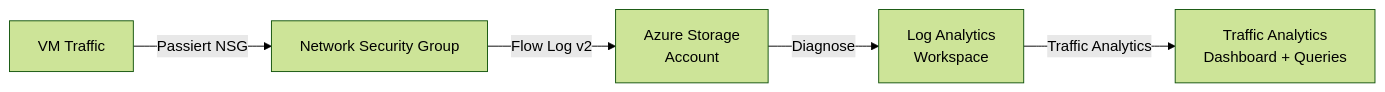
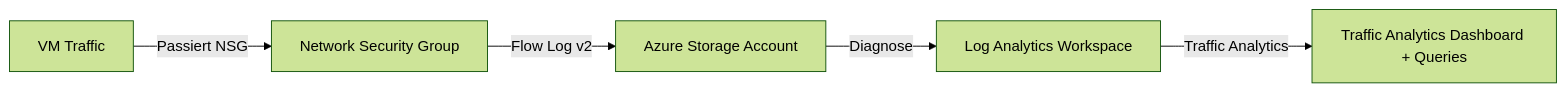
Before and after one commit to SoniiiT/notes-n-docs: the fourth of 7 diagrams in Microsoft 365/Azure/Netzwerk/Azure Network Watcher.md, drawn with Mermaid (forest theme). The commit also changed other lines of this file and 124 other files, not shown here.

First line of the commit message:
fix: Entferne \n aus allen Mermaid-Diagrammen (125 Dateien)

````diff
--- a/Microsoft 365/Azure/Netzwerk/Azure Network Watcher.md
+++ b/Microsoft 365/Azure/Netzwerk/Azure Network Watcher.md
@@ -199,7 +199,7 @@
 ```mermaid
 graph LR
     VM[VM Traffic] -->|Passiert NSG| NSG[Network Security Group]
-    NSG -->|Flow Log v2| STORAGE[Azure Storage\nAccount]
-    STORAGE -->|Diagnose| LA[Log Analytics\nWorkspace]
-    LA -->|Traffic Analytics| TA[Traffic Analytics\nDashboard + Queries]
+    NSG -->|Flow Log v2| STORAGE[Azure Storage Account]
+    STORAGE -->|Diagnose| LA[Log Analytics Workspace]
+    LA -->|Traffic Analytics| TA[Traffic Analytics Dashboard + Queries]
 ```
````
